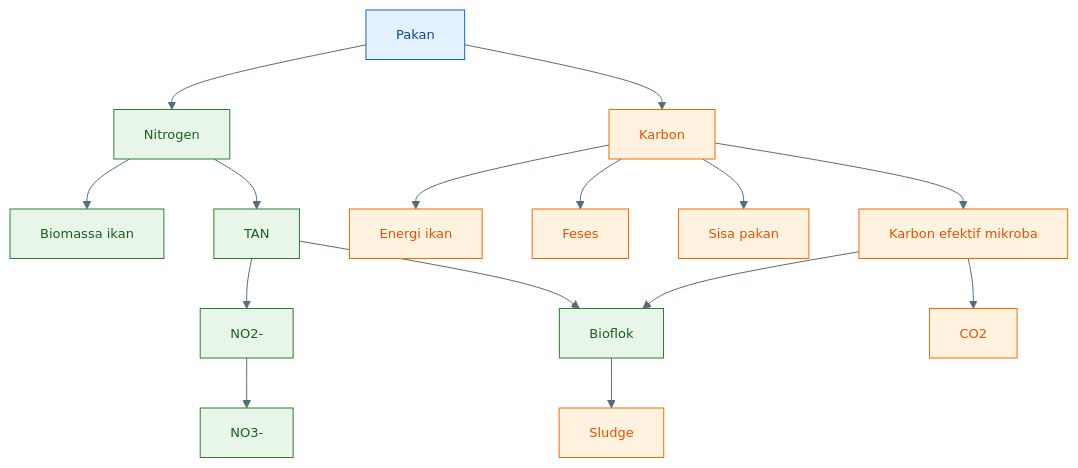
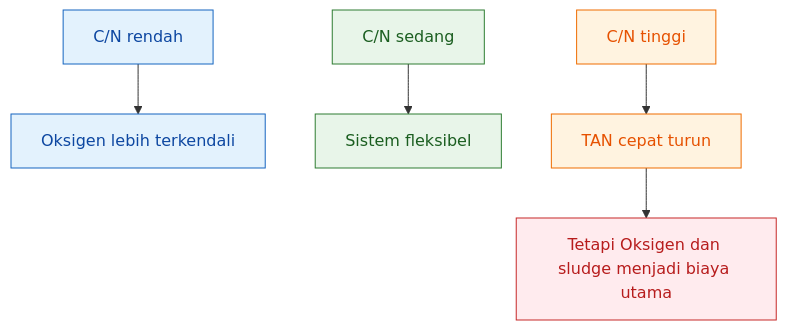
The seventh of 22 diagrams in content/blog/agri/perikanan/ratio-cn-rendah-biflok.mdx (slametsampon/kawruhnology), drawn with Mermaid before and after one commit. The commit also changed other lines of this file, not shown here.

Commit message:
update ratio-cn-rendah

````diff
--- a/content/blog/agri/perikanan/ratio-cn-rendah-biflok.mdx
+++ b/content/blog/agri/perikanan/ratio-cn-rendah-biflok.mdx
@@ -1313,40 +1221,17 @@
-```mermaid id="pakan-sumber-n-dan-c"
-%%{init: {'theme':'base','themeVariables':{
-'primaryColor':'#E3F2FD',
-'primaryTextColor':'#0D47A1',
-'primaryBorderColor':'#1565C0',
-'secondaryColor':'#E8F5E9',
-'secondaryTextColor':'#1B5E20',
-'secondaryBorderColor':'#2E7D32',
-'tertiaryColor':'#FFF3E0',
-'tertiaryTextColor':'#E65100',
-'tertiaryBorderColor':'#EF6C00',
-'lineColor':'#546E7A',
-'fontSize':'13px'
-}}}%%
+```mermaid id="z6lsfh"
 flowchart TD
-    A["Pakan"] --> B["Nitrogen"]
-    A --> C["Karbon"]
+    A["C/N rendah"] --> B["Oksigen lebih terkendali"]
+    C["C/N sedang"] --> D["Sistem fleksibel"]
+    E["C/N tinggi"] --> F["TAN cepat turun"]
+    F --> G["Tetapi Oksigen dan sludge menjadi biaya utama"]
 
-    B --> D["Biomassa ikan"]
-    B --> E["TAN"]
-    E --> F["NO2-"]
-    F --> G["NO3-"]
-    E --> H["Bioflok"]
+    classDef low fill:#e3f2fd,stroke:#1565c0,color:#0d47a1;
+    classDef mid fill:#e8f5e9,stroke:#2e7d32,color:#1b5e20;
+    classDef high fill:#fff3e0,stroke:#ef6c00,color:#e65100;
+    classDef risk fill:#ffebee,stroke:#c62828,color:#b71c1c;
 
-    C --> I["Energi ikan"]
-    C --> J["Feses"]
-    C --> K["Sisa pakan"]
-    C --> L["Karbon efektif mikroba"]
-    L --> H
-    H --> M["Sludge"]
-    L --> N["CO2"]
-
-    classDef pakan fill:#E3F2FD,stroke:#1565C0,color:#0D47A1;
-    classDef nitrogen fill:#E8F5E9,stroke:#2E7D32,color:#1B5E20;
-    classDef karbon fill:#FFF3E0,stroke:#EF6C00,color:#E65100;
-
-    class A pakan;
-    class B,D,E,F,G,H nitrogen;
-    class C,I,J,K,L,M,N karbon;
+    class A,B low;
+    class C,D mid;
+    class E,F high;
+    class G risk;
 ```
````
